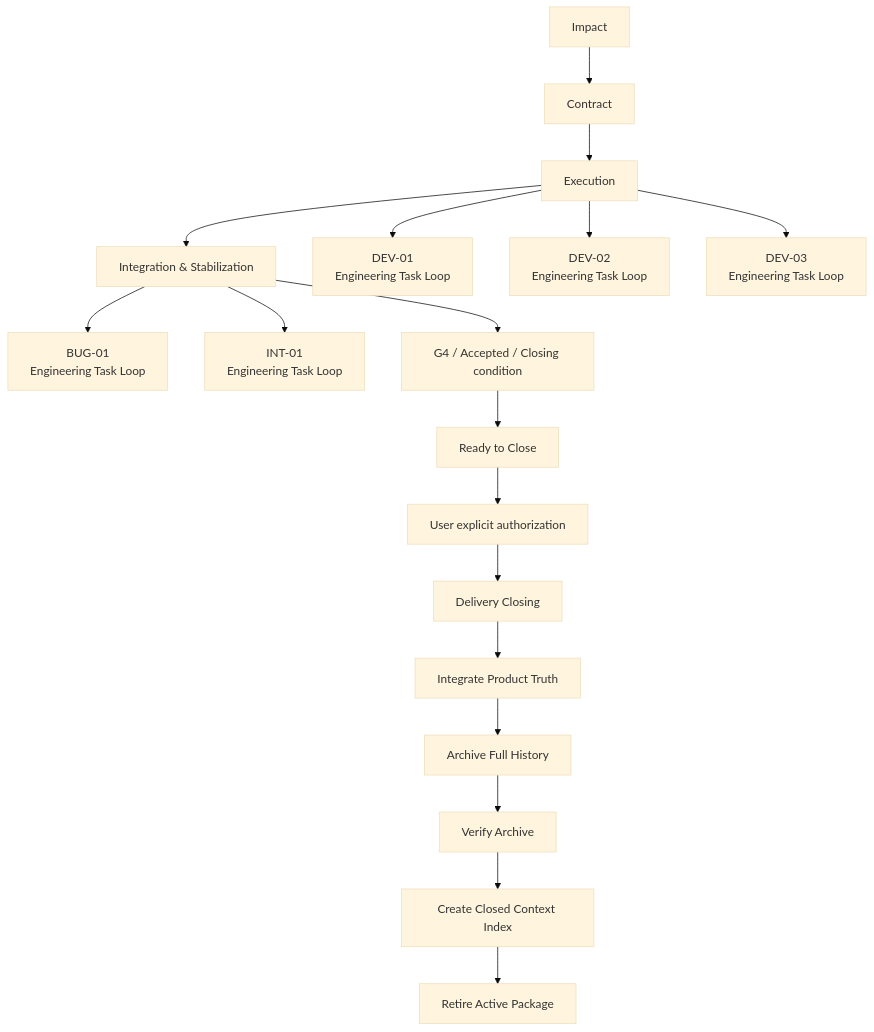
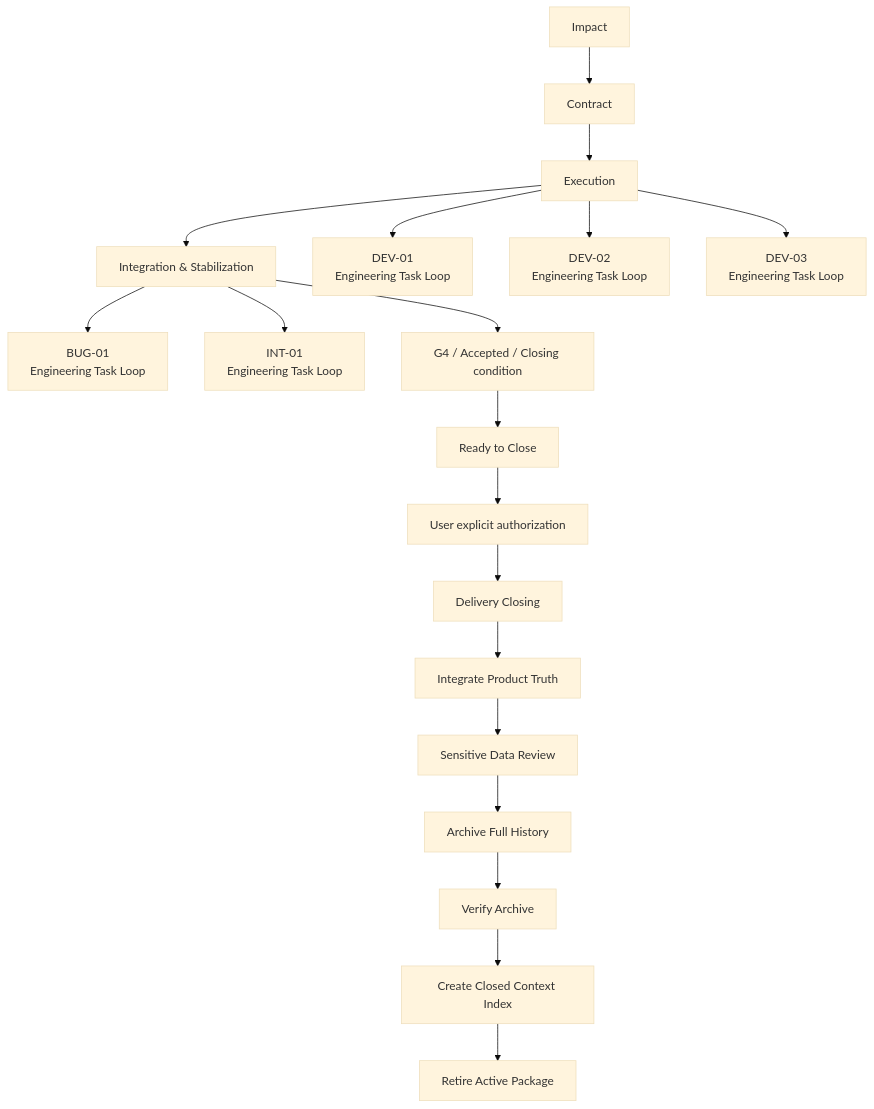
The fifth of 9 diagrams in docs/workflows/engineering-task-loop/README.md (cnxutu/tu-engineering-workbench), drawn with Mermaid (base theme) before and after one commit. The commit also changed other lines of this file and 14 other files, not shown here.

````diff
--- a/docs/workflows/engineering-task-loop/README.md
+++ b/docs/workflows/engineering-task-loop/README.md
@@ -278,18 +278,19 @@
 ```mermaid
 flowchart TD
     I[Impact] --> C[Contract] --> E[Execution] --> S[Integration & Stabilization]
     E --> D1[DEV-01<br/>Engineering Task Loop]
     E --> D2[DEV-02<br/>Engineering Task Loop]
     E --> D3[DEV-03<br/>Engineering Task Loop]
     S --> B1[BUG-01<br/>Engineering Task Loop]
     S --> N1[INT-01<br/>Engineering Task Loop]
     S --> G[G4 / Accepted / Closing condition]
     G --> R[Ready to Close]
     R --> U[User explicit authorization]
     U --> DC[Delivery Closing]
     DC --> IP[Integrate Product Truth]
-    IP --> A[Archive Full History]
+    IP --> SDR[Sensitive Data Review]
+    SDR --> A[Archive Full History]
     A --> VA[Verify Archive]
     VA --> CI[Create Closed Context Index]
     CI --> RA[Retire Active Package]
 ```
````
